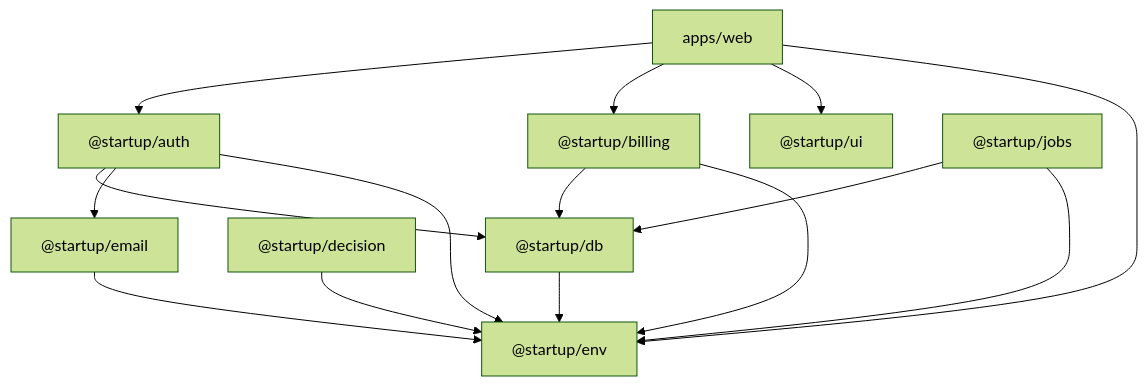
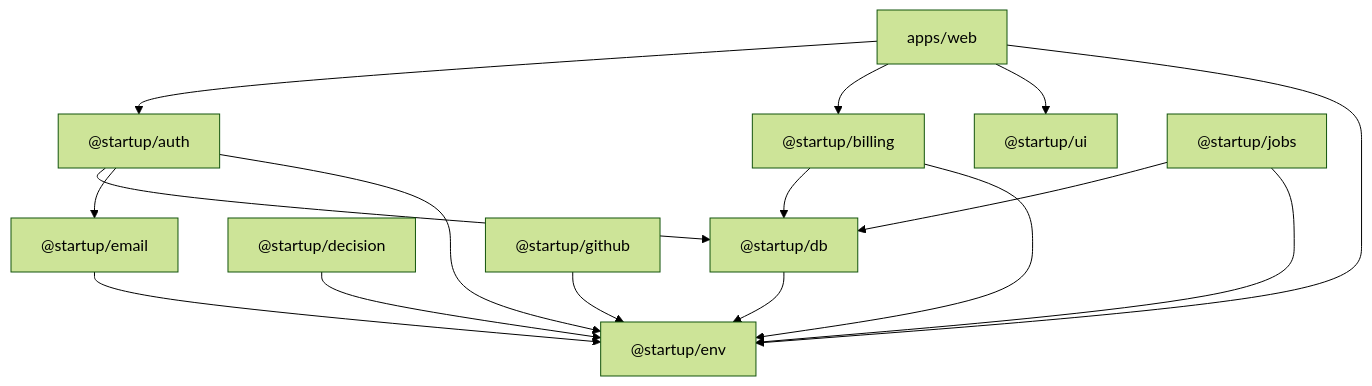
One commit to allen-padilla/repo-onboarding changed the diagram in docs/architecture/package-boundaries.md. Above: the diagram before and after it, drawn with Mermaid (forest theme). The commit also changed other lines of this file and 25 other files, not shown here.

First line of the commit message:
feat(github): add @startup/github for public repositories

````diff
--- a/docs/architecture/package-boundaries.md
+++ b/docs/architecture/package-boundaries.md
@@ -31,27 +31,29 @@
 ```mermaid
 flowchart TD
   web["apps/web"]
   auth["@startup/auth"]
   billing["@startup/billing"]
   ui["@startup/ui"]
   db["@startup/db"]
   decision["@startup/decision"]
   email["@startup/email"]
   env["@startup/env"]
+  github["@startup/github"]
   jobs["@startup/jobs"]
 
   web --> auth
   web --> billing
   web --> ui
   web --> env
   auth --> db
   auth --> email
   auth --> env
   billing --> db
   billing --> env
   db --> env
   decision --> env
   email --> env
+  github --> env
   jobs --> db
   jobs --> env
 ```
````
